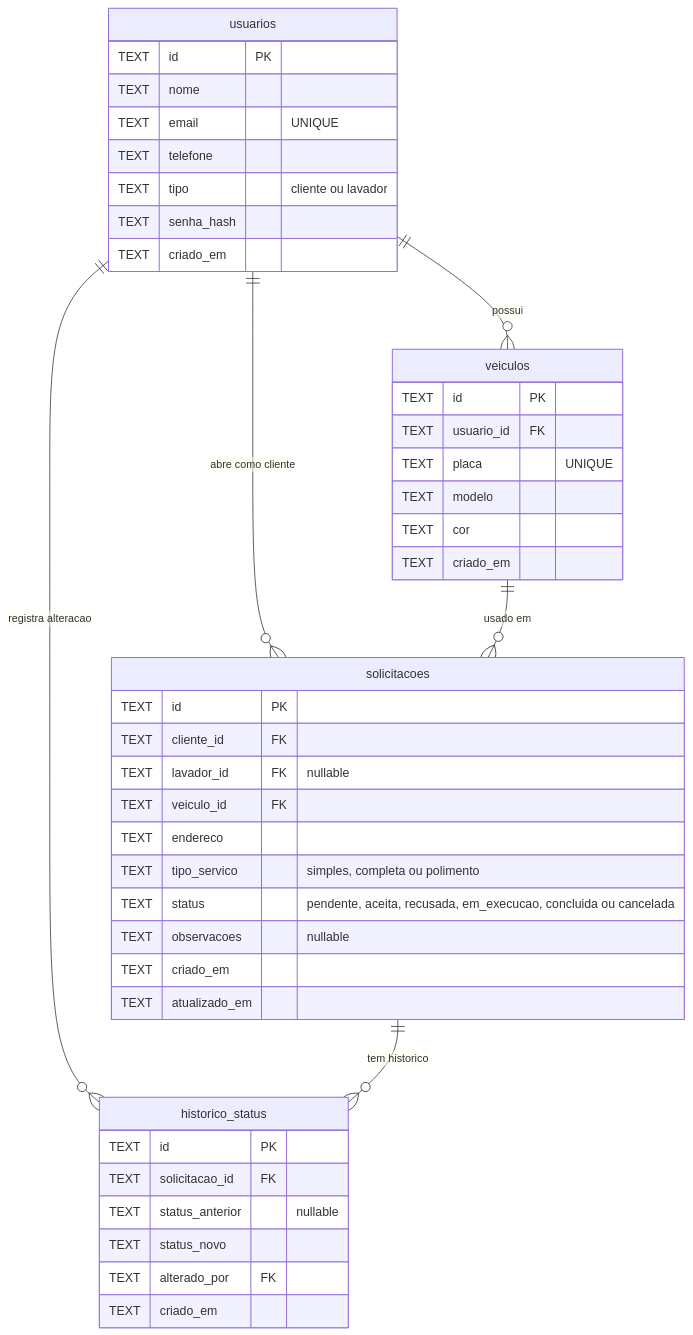
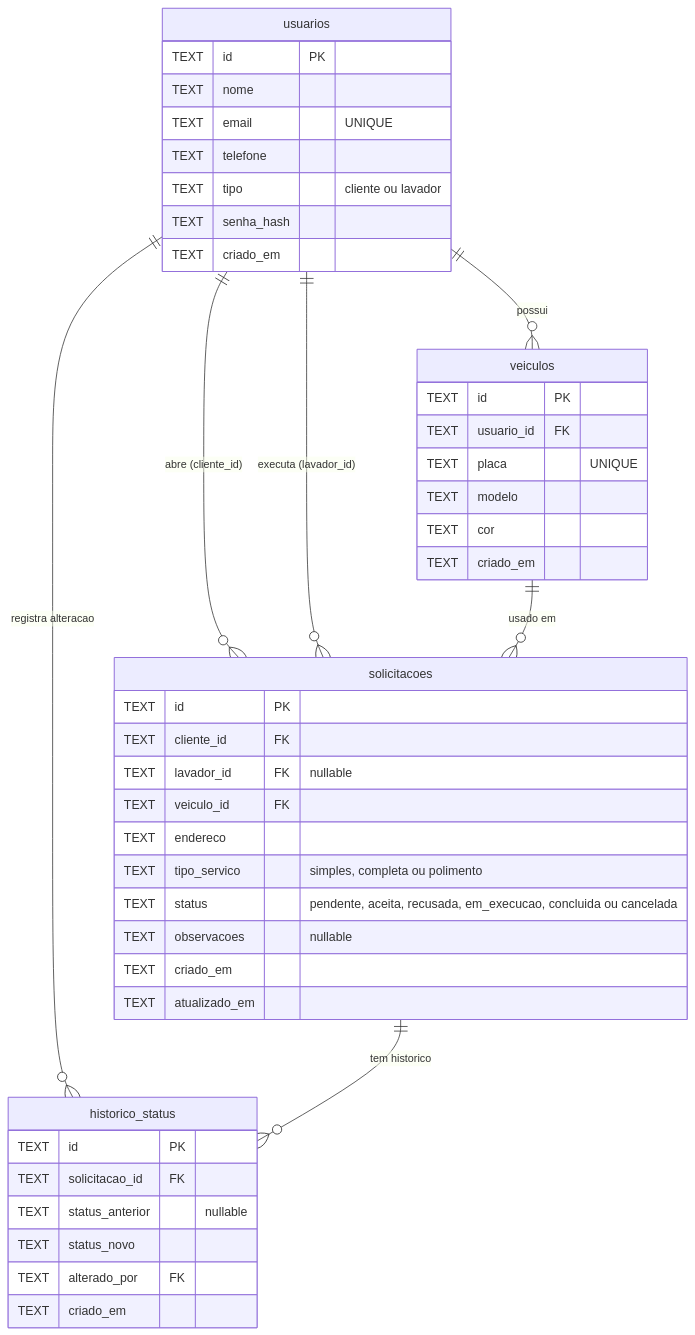
Before and after one commit to gabialvarenga/LavaJA: the diagram in docs/Schema-BD.md, drawn with Mermaid. The commit also changed 1 other file, not shown here.

Commit message:
docs: corrige schema-bd e readme com senha e relacionamento lavador

````diff
--- a/docs/Schema-BD.md
+++ b/docs/Schema-BD.md
@@ -1,49 +1,50 @@
 ```mermaid
 erDiagram
     usuarios {
         TEXT id PK
         TEXT nome
         TEXT email "UNIQUE"
         TEXT telefone
         TEXT tipo "cliente ou lavador"
         TEXT senha_hash
         TEXT criado_em
     }
 
     veiculos {
         TEXT id PK
         TEXT usuario_id FK
         TEXT placa "UNIQUE"
         TEXT modelo
         TEXT cor
         TEXT criado_em
     }
 
     solicitacoes {
         TEXT id PK
         TEXT cliente_id FK
         TEXT lavador_id FK "nullable"
         TEXT veiculo_id FK
         TEXT endereco
         TEXT tipo_servico "simples, completa ou polimento"
         TEXT status "pendente, aceita, recusada, em_execucao, concluida ou cancelada"
         TEXT observacoes "nullable"
         TEXT criado_em
         TEXT atualizado_em
     }
 
     historico_status {
         TEXT id PK
         TEXT solicitacao_id FK
         TEXT status_anterior "nullable"
         TEXT status_novo
         TEXT alterado_por FK
         TEXT criado_em
     }
 
     usuarios ||--o{ veiculos : "possui"
-    usuarios ||--o{ solicitacoes : "abre como cliente"
+    usuarios ||--o{ solicitacoes : "abre (cliente_id)"
+    usuarios ||--o{ solicitacoes : "executa (lavador_id)"
     usuarios ||--o{ historico_status : "registra alteracao"
     veiculos ||--o{ solicitacoes : "usado em"
     solicitacoes ||--o{ historico_status : "tem historico"
 ```
````
